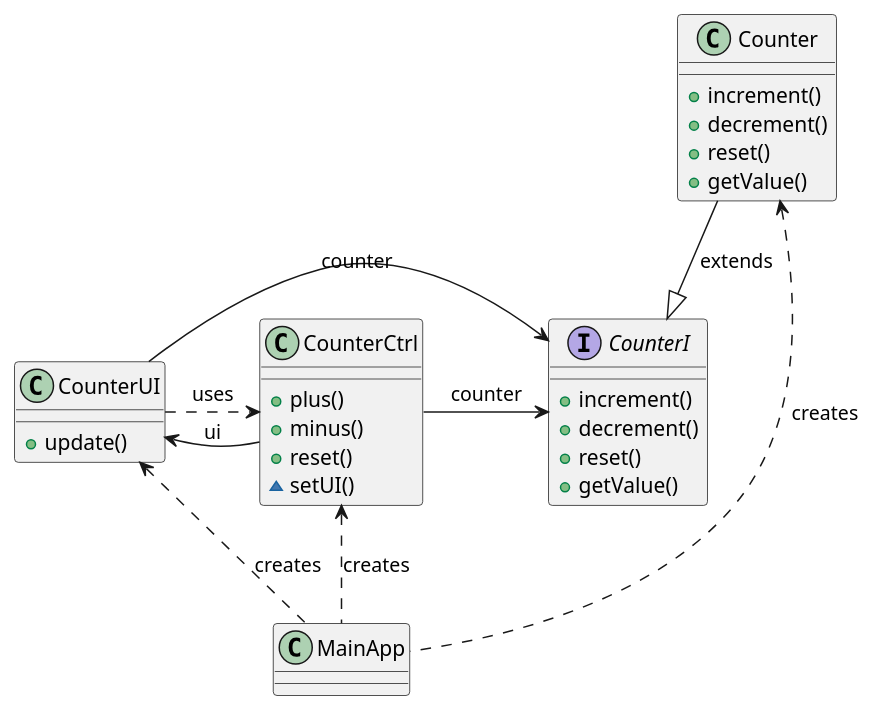
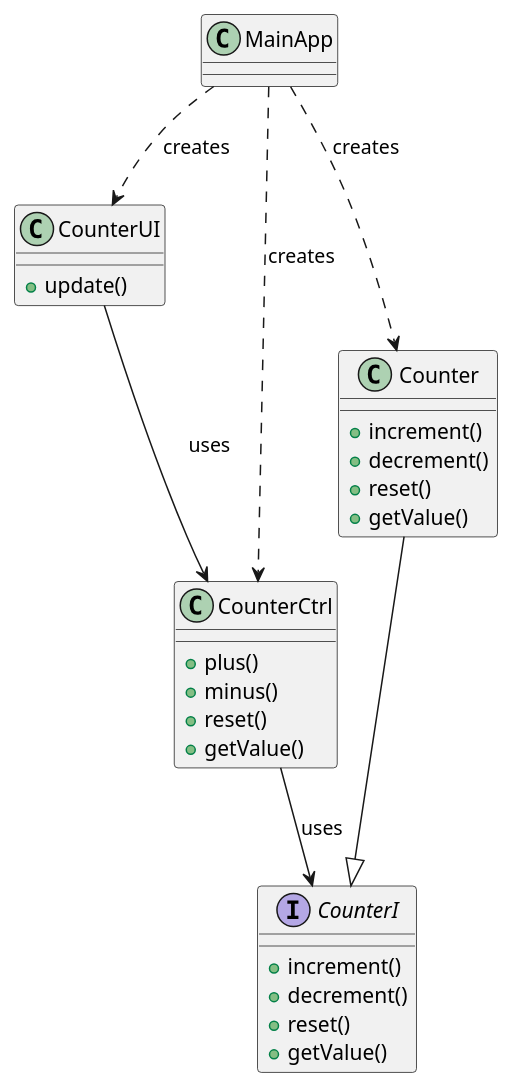
One commit to SteAlve/Counter-GUI-Base changed the diagram in img/class.puml. Above: the diagram before and after it, drawn with PlantUML. The commit also changed 7 other files, not shown here.

```diff
--- a/img/class.puml
+++ b/img/class.puml
@@ -1,31 +1,39 @@
 @startuml
-    class CounterUI {
-        +update()
-    }
-    interface CounterI {
-        +increment()
-        +decrement()
-        +reset()
-        +getValue()
-    }
-    class Counter {
-        +increment()
-        +decrement()
-        +reset()
-        +getValue()
-    }
-    class CounterCtrl {
-        +plus()
-        +minus()
-        +reset()
-        ~setUI()
-    }
-    CounterUI -> CounterI: counter
-    CounterCtrl -> CounterUI: ui
-    Counter --|> CounterI: extends
-    CounterCtrl -> CounterI: counter
-    CounterUI ..> CounterCtrl :uses
-    Counter <.. MainApp: creates
-    CounterCtrl <.. MainApp: creates
-    CounterUI <.. MainApp: creates
+top to bottom direction
+
+class CounterUI {
+    +update()
+}
+
+class CounterCtrl {
+    +plus()
+    +minus()
+    +reset()
+    +getValue()
+}
+
+interface CounterI {
+    +increment()
+    +decrement()
+    +reset()
+    +getValue()
+}
+
+class Counter {
+    +increment()
+    +decrement()
+    +reset()
+    +getValue()
+}
+
+class MainApp
+
+Counter --|> CounterI
+CounterCtrl --> CounterI : uses
+CounterUI --> CounterCtrl : uses
+
+MainApp ..> Counter: creates
+MainApp ..> CounterCtrl: creates
+MainApp ..> CounterUI: creates
+
 @enduml
```
